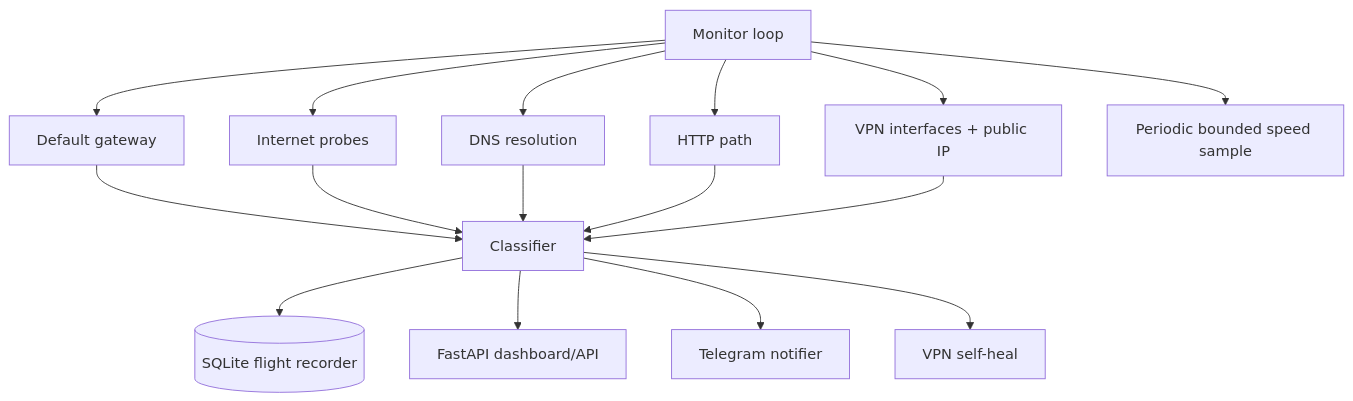
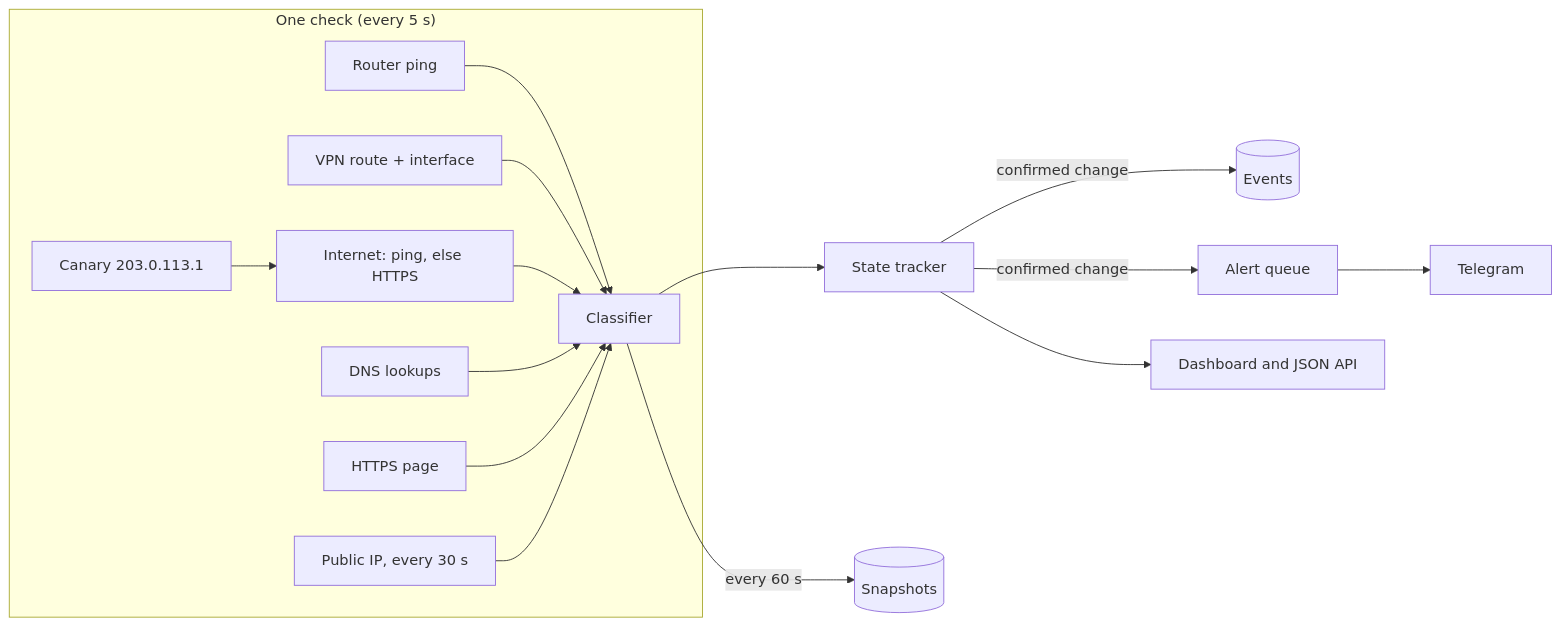
Before and after one commit to tashev11/tashevnet: the diagram in ARCHITECTURE.md, drawn with Mermaid. The commit also changed other lines of this file and 9 other files, not shown here.

````diff
--- a/ARCHITECTURE.md
+++ b/ARCHITECTURE.md
@@ -5,14 +6,17 @@
 ```mermaid
-flowchart TD
-  LOOP[Monitor loop] --> GW[Default gateway]
-  LOOP --> WAN[Internet probes]
-  LOOP --> DNS[DNS resolution]
-  LOOP --> HTTP[HTTP path]
-  LOOP --> VPN[VPN interfaces + public IP]
-  LOOP --> SPEED[Periodic bounded speed sample]
-  GW & WAN & DNS & HTTP & VPN --> CLASS[Classifier]
-  CLASS --> DB[(SQLite flight recorder)]
-  CLASS --> API[FastAPI dashboard/API]
-  CLASS --> TG[Telegram notifier]
-  CLASS --> HEAL[VPN self-heal]
+flowchart LR
+  subgraph check["One check (every 5 s)"]
+    GW[Router ping] --> CL[Classifier]
+    VPN[VPN route + interface] --> CL
+    CAN[Canary 203.0.113.1] --> NET
+    NET[Internet: ping, else HTTPS] --> CL
+    DNS[DNS lookups] --> CL
+    WEB[HTTPS page] --> CL
+    IP[Public IP, every 30 s] --> CL
+  end
+  CL --> ST[State tracker]
+  ST -->|confirmed change| EV[(Events)]
+  ST -->|confirmed change| Q[Alert queue] --> TG[Telegram]
+  CL -->|every 60 s| SN[(Snapshots)]
+  ST --> API[Dashboard and JSON API]
 ```
````
